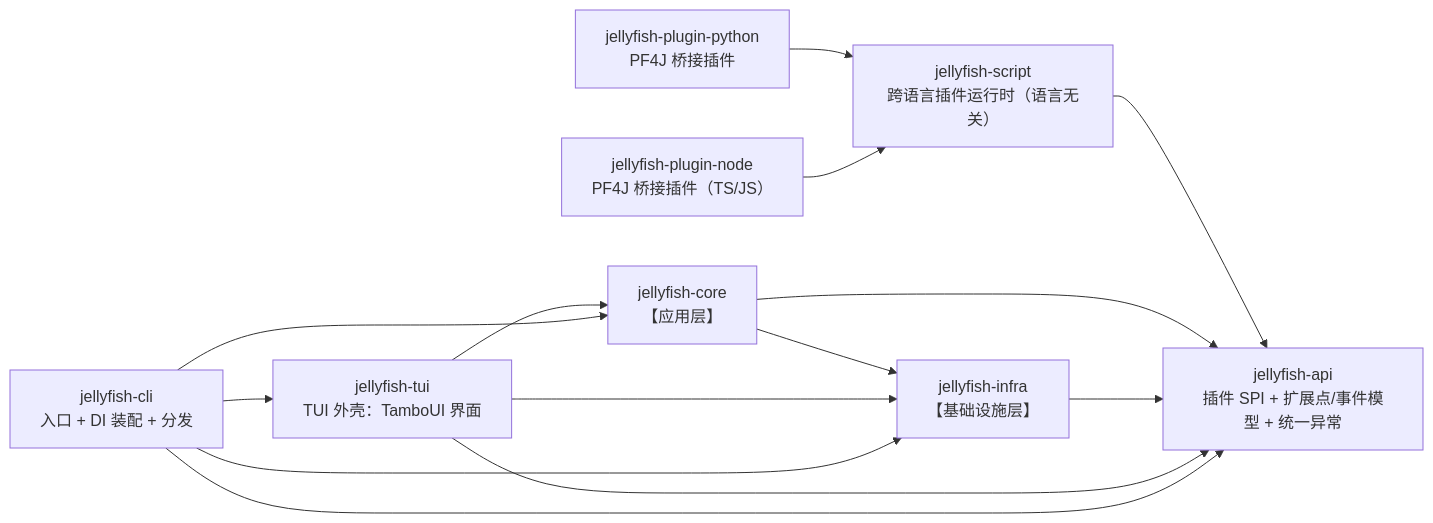
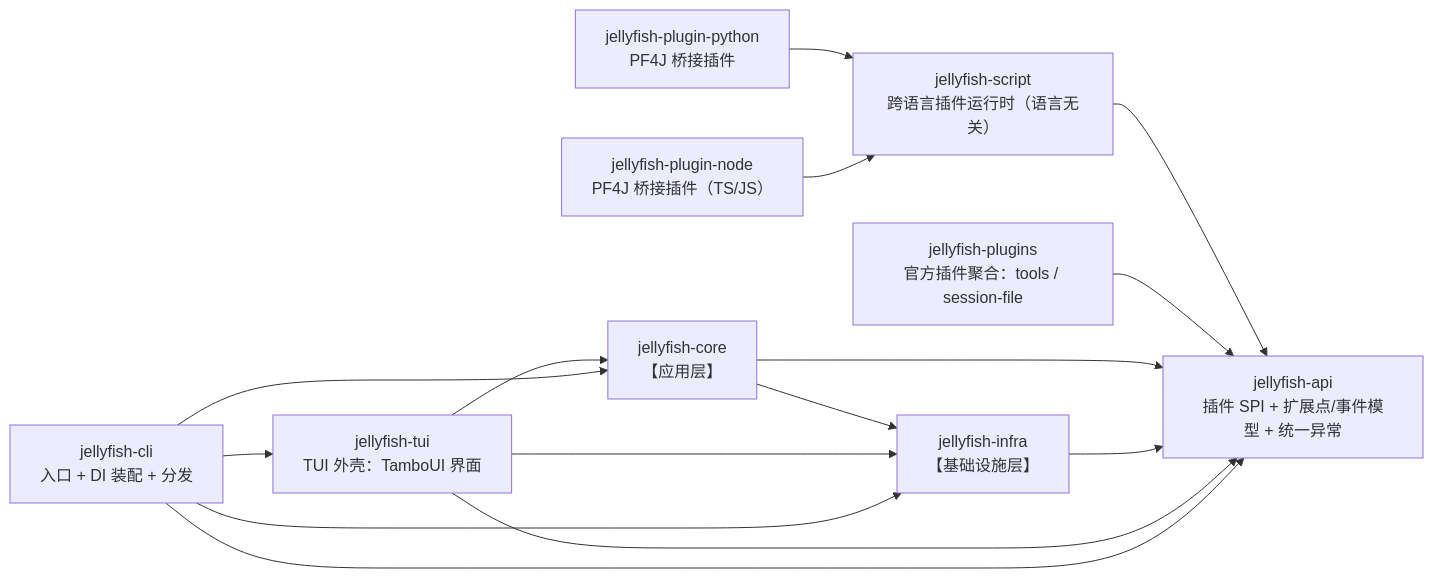
Before and after one commit to zcd0831/Jellyfish: the second of 2 diagrams in AGENTS.md, drawn with Mermaid. The commit also changed other lines of this file and 2 other files, not shown here.

````diff
--- a/AGENTS.md
+++ b/AGENTS.md
@@ -175,25 +175,27 @@
 ```mermaid
 flowchart LR
     API["jellyfish-api<br>插件 SPI + 扩展点/事件模型 + 统一异常"]
+    PLUGINS["jellyfish-plugins<br>官方插件聚合：tools / session-file"]
     SCRIPT["jellyfish-script<br>跨语言插件运行时（语言无关）"]
     PY["jellyfish-plugin-python<br>PF4J 桥接插件"]
     NODE["jellyfish-plugin-node<br>PF4J 桥接插件（TS/JS）"]
     INFRA["jellyfish-infra<br>【基础设施层】"]
     CORE["jellyfish-core<br>【应用层】"]
     TUI["jellyfish-tui<br>TUI 外壳：TamboUI 界面"]
     CLI["jellyfish-cli<br>入口 + DI 装配 + 分发"]
 
     PY --> SCRIPT
     NODE --> SCRIPT
     SCRIPT --> API
+    PLUGINS --> API
     CORE --> API
     CORE --> INFRA
     INFRA --> API
     TUI --> CORE
     TUI --> INFRA
     TUI --> API
     CLI --> CORE
     CLI --> INFRA
     CLI --> API
     CLI --> TUI
 ```
````
